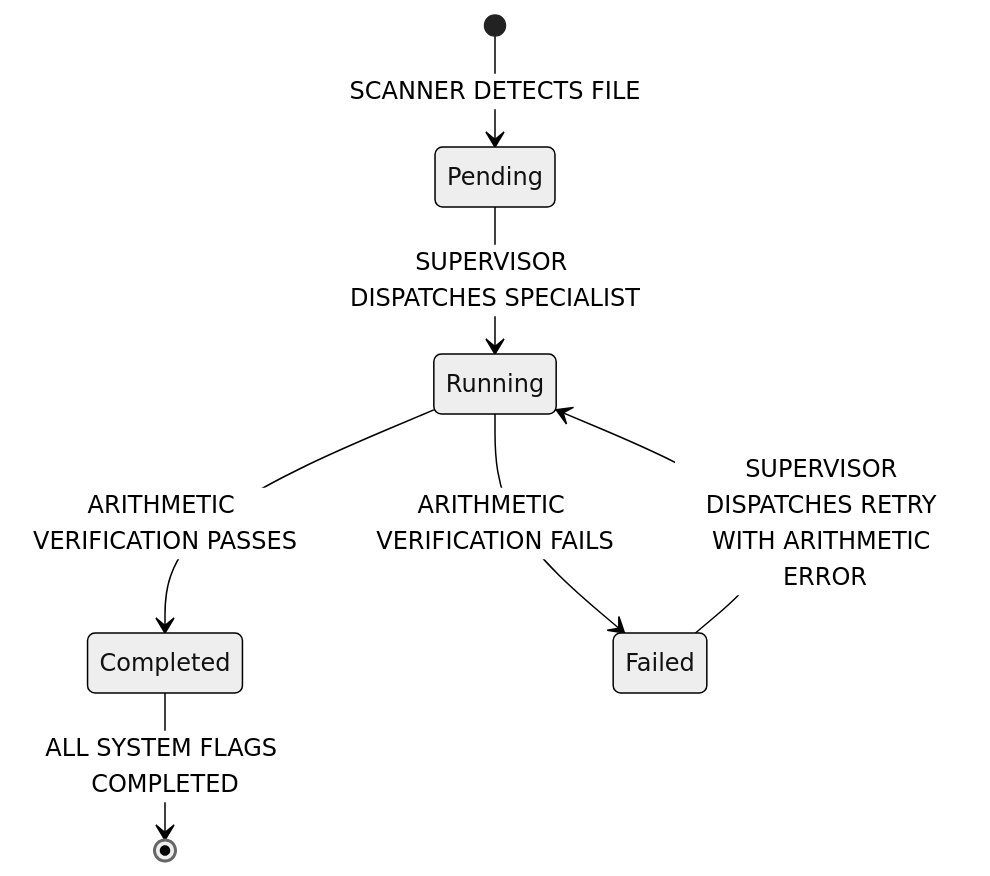
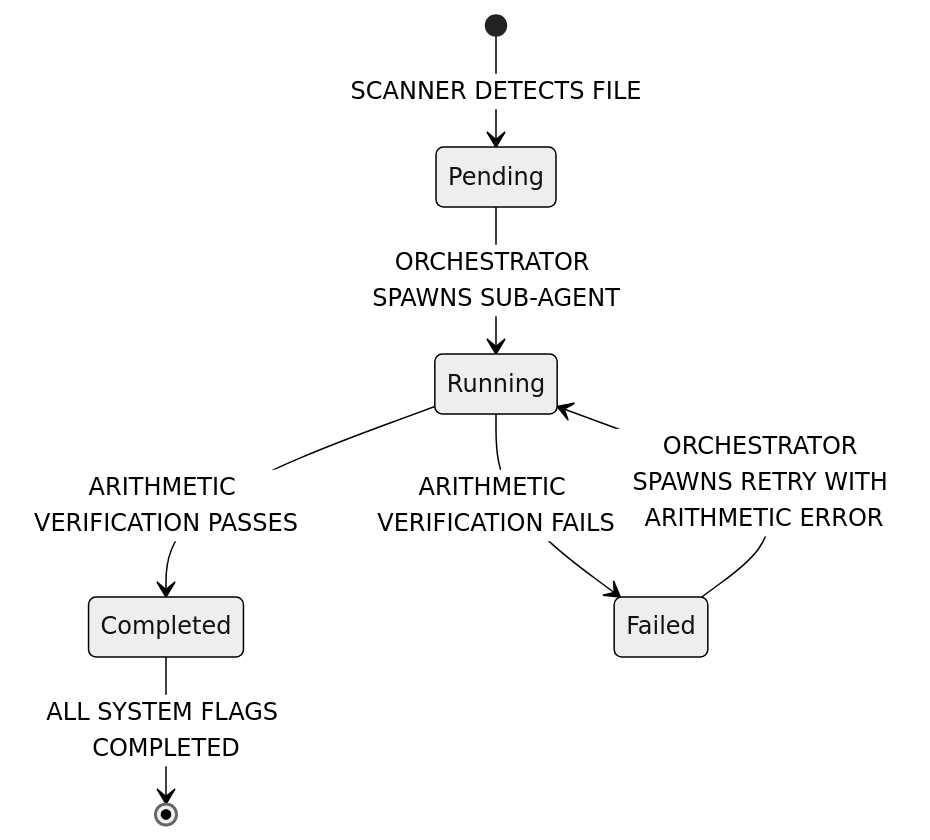
Before and after one commit to Ruinius/financial-analyst-cli: the diagram in docs/blackboard_design.md, drawn with Mermaid (neutral theme). The commit also changed other lines of this file and 1 other file, not shown here.

````diff
--- a/docs/blackboard_design.md
+++ b/docs/blackboard_design.md
@@ -325,9 +335,9 @@
 ```mermaid
 stateDiagram-v2
     [*] --> Pending : SCANNER DETECTS FILE
-    Pending --> Running : SUPERVISOR DISPATCHES SPECIALIST
+    Pending --> Running : ORCHESTRATOR SPAWNS SUB-AGENT
     Running --> Completed : ARITHMETIC VERIFICATION PASSES
     Running --> Failed : ARITHMETIC VERIFICATION FAILS
-    Failed --> Running : SUPERVISOR DISPATCHES RETRY WITH ARITHMETIC ERROR
+    Failed --> Running : ORCHESTRATOR SPAWNS RETRY WITH ARITHMETIC ERROR
     Completed --> [*] : ALL SYSTEM FLAGS COMPLETED
 ```
````
